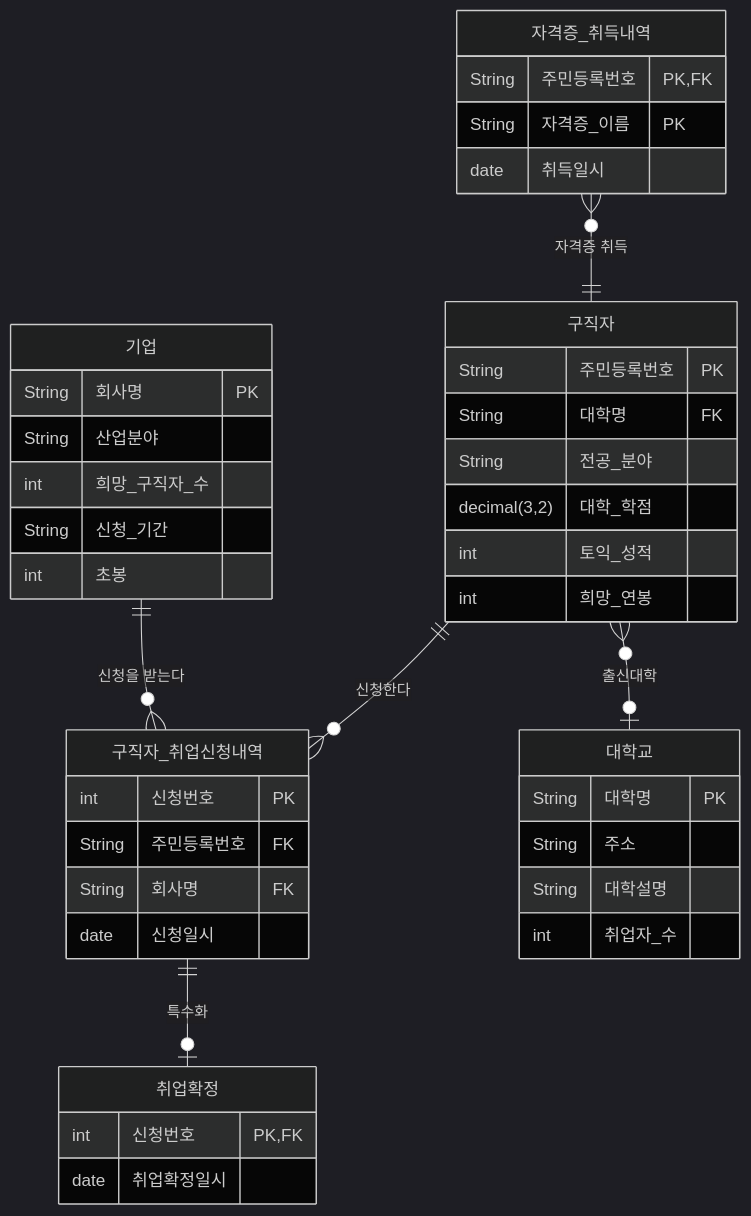
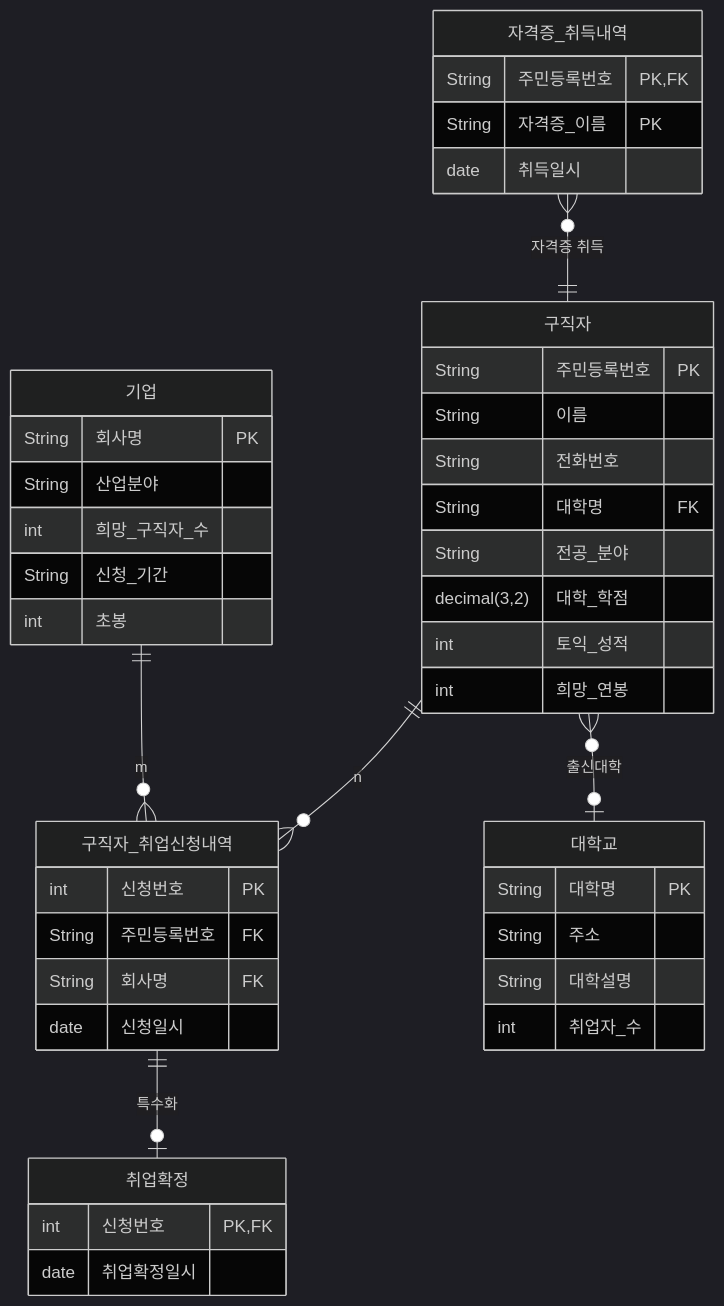
Before and after one commit to zerojun040329-eng/test-260401: the first of 2 diagrams in README.md, drawn with Mermaid (dark theme). The commit also changed other lines of this file, not shown here.

````diff
--- a/README.md
+++ b/README.md
@@ -1,46 +8,48 @@
 ```mermaid
 erDiagram
   기업 {
     String 회사명 PK
     String 산업분야
     int 희망_구직자_수 
     String 신청_기간
     int 초봉
   }
   구직자 {
     String 주민등록번호 PK
+    String 이름
+    String 전화번호
     String 대학명 FK
     String 전공_분야
     decimal(3,2) 대학_학점
     int 토익_성적
     int 희망_연봉
   }
   자격증_취득내역 {
     String 주민등록번호 PK, FK
     String 자격증_이름 PK
     date 취득일시
   }
   구직자_취업신청내역 {
     int 신청번호 PK
     String 주민등록번호 FK
     String 회사명 FK
     date 신청일시
   }
   취업확정 {
     int 신청번호 PK, FK
     date 취업확정일시
   }
   대학교 {
     String 대학명 PK
     String 주소
     String 대학설명
-    int 취업자_수
+    int 취업자_수  
   }
 
-  구직자 ||--o{ 구직자_취업신청내역 : "신청한다"
-  기업 ||--o{ 구직자_취업신청내역 : "신청을 받는다"
+  구직자 ||--o{ 구직자_취업신청내역 : "n"
+  기업 ||--o{ 구직자_취업신청내역 : "m"
   자격증_취득내역 o{--|| 구직자 : "자격증 취득"
   구직자 o{--o| 대학교 : "출신대학"
   구직자_취업신청내역 ||--o| 취업확정 : "특수화"
   
 ```
````
